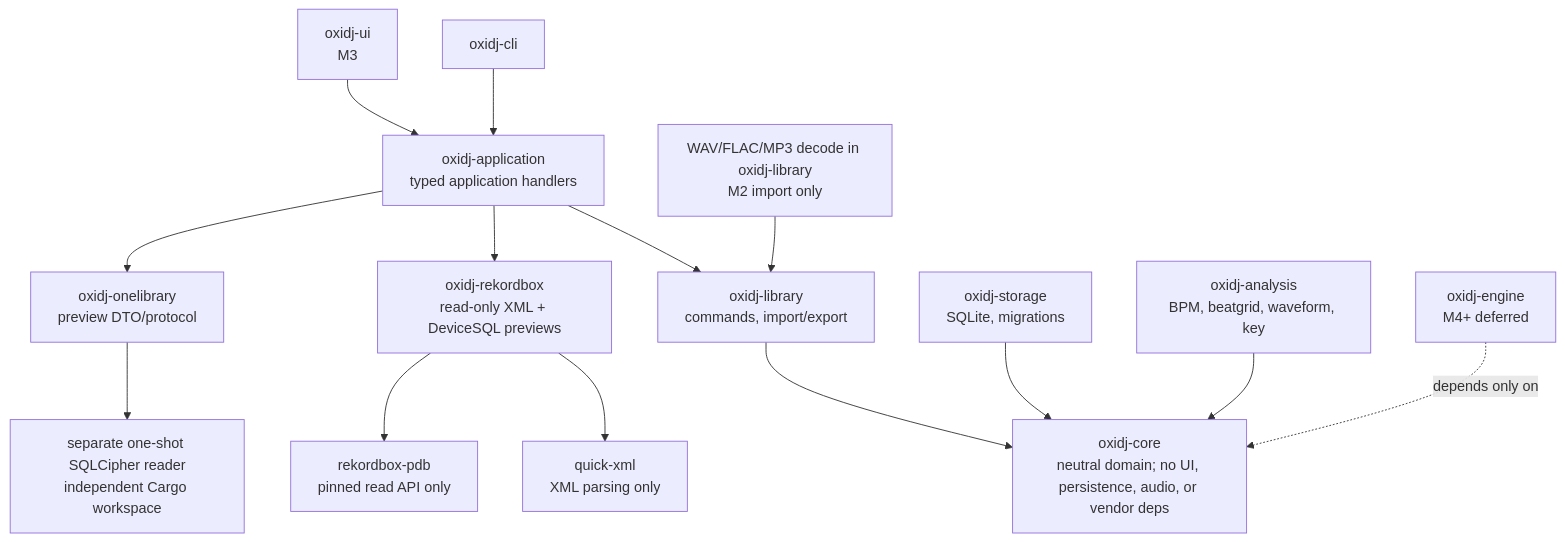
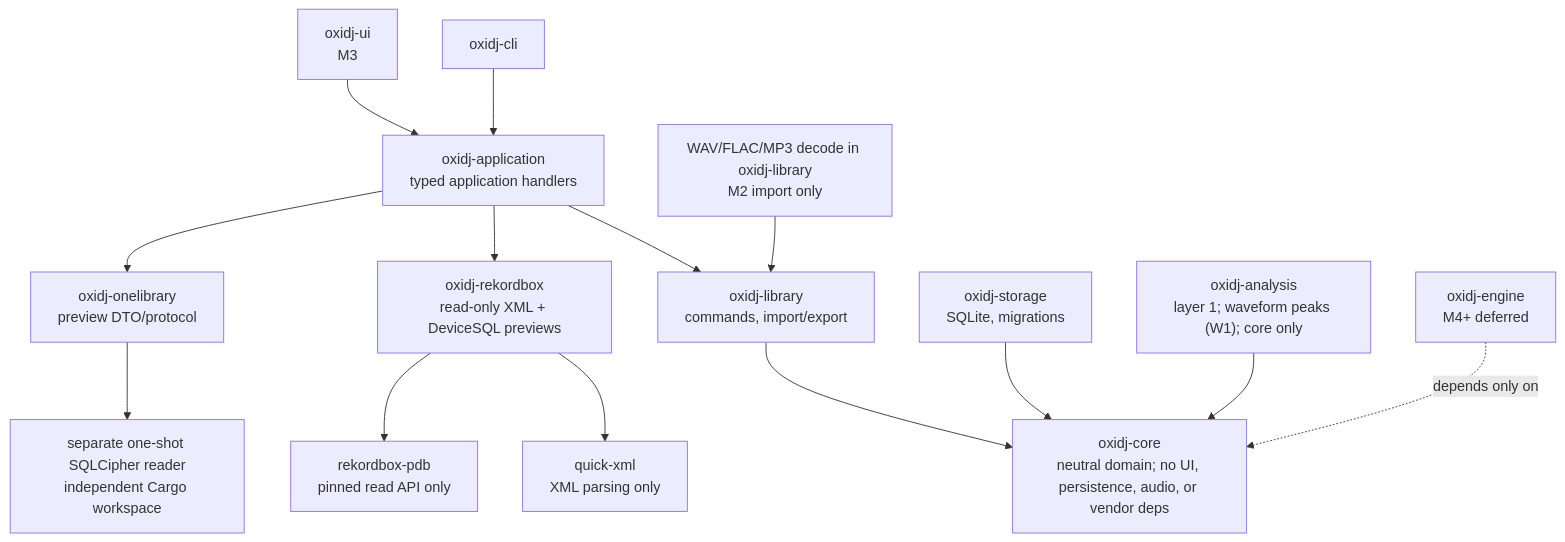
Before and after one commit to Senci/oxidj: the diagram in docs/adr/004-crate-boundaries.md, drawn with Mermaid. The commit also changed other lines of this file and 10 other files, not shown here.

````diff
--- a/docs/adr/004-crate-boundaries.md
+++ b/docs/adr/004-crate-boundaries.md
@@ -27,16 +27,16 @@
 ```mermaid
 flowchart TB
     cli["oxidj-cli"] --> app["oxidj-application<br/>typed application handlers"]
     ui["oxidj-ui<br/>M3"] --> app
     app --> library["oxidj-library<br/>commands, import/export"]
     app --> adapters["oxidj-rekordbox<br/>read-only XML + DeviceSQL previews"]
     app --> onelibrary["oxidj-onelibrary<br/>preview DTO/protocol"]
     onelibrary --> reader["separate one-shot SQLCipher reader<br/>independent Cargo workspace"]
     library --> core["oxidj-core<br/>neutral domain; no UI, persistence, audio, or vendor deps"]
     adapters --> xml["quick-xml<br/>XML parsing only"]
     adapters --> pdb["rekordbox-pdb<br/>pinned read API only"]
     storage["oxidj-storage<br/>SQLite, migrations"] --> core
-    analysis["oxidj-analysis<br/>BPM, beatgrid, waveform, key"] --> core
+    analysis["oxidj-analysis<br/>layer 1; waveform peaks (W1); core only"] --> core
     audio["WAV/FLAC/MP3 decode in oxidj-library<br/>M2 import only"] --> library
     engine["oxidj-engine<br/>M4+ deferred"] -. "depends only on" .-> core
 ```
````
